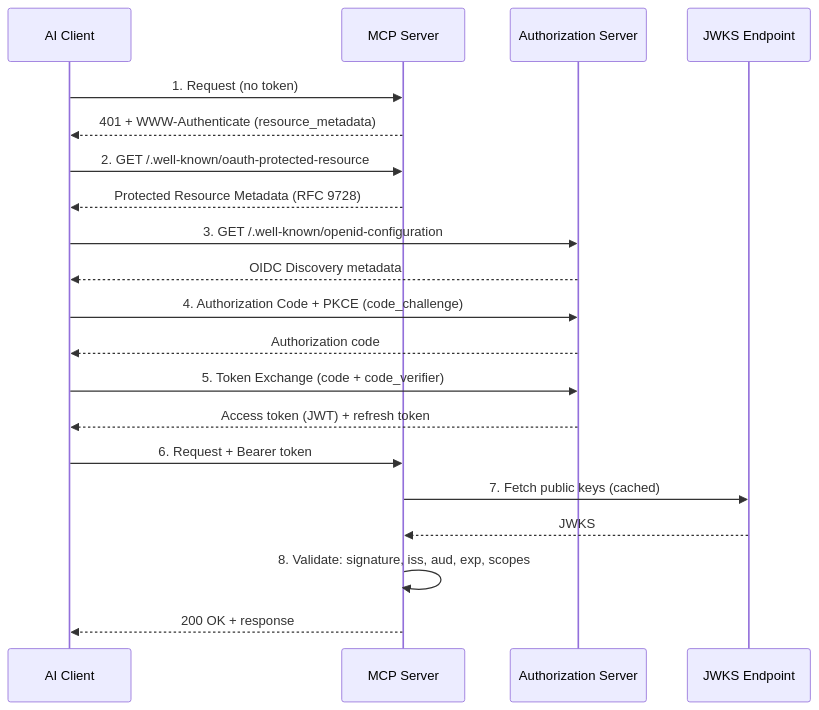
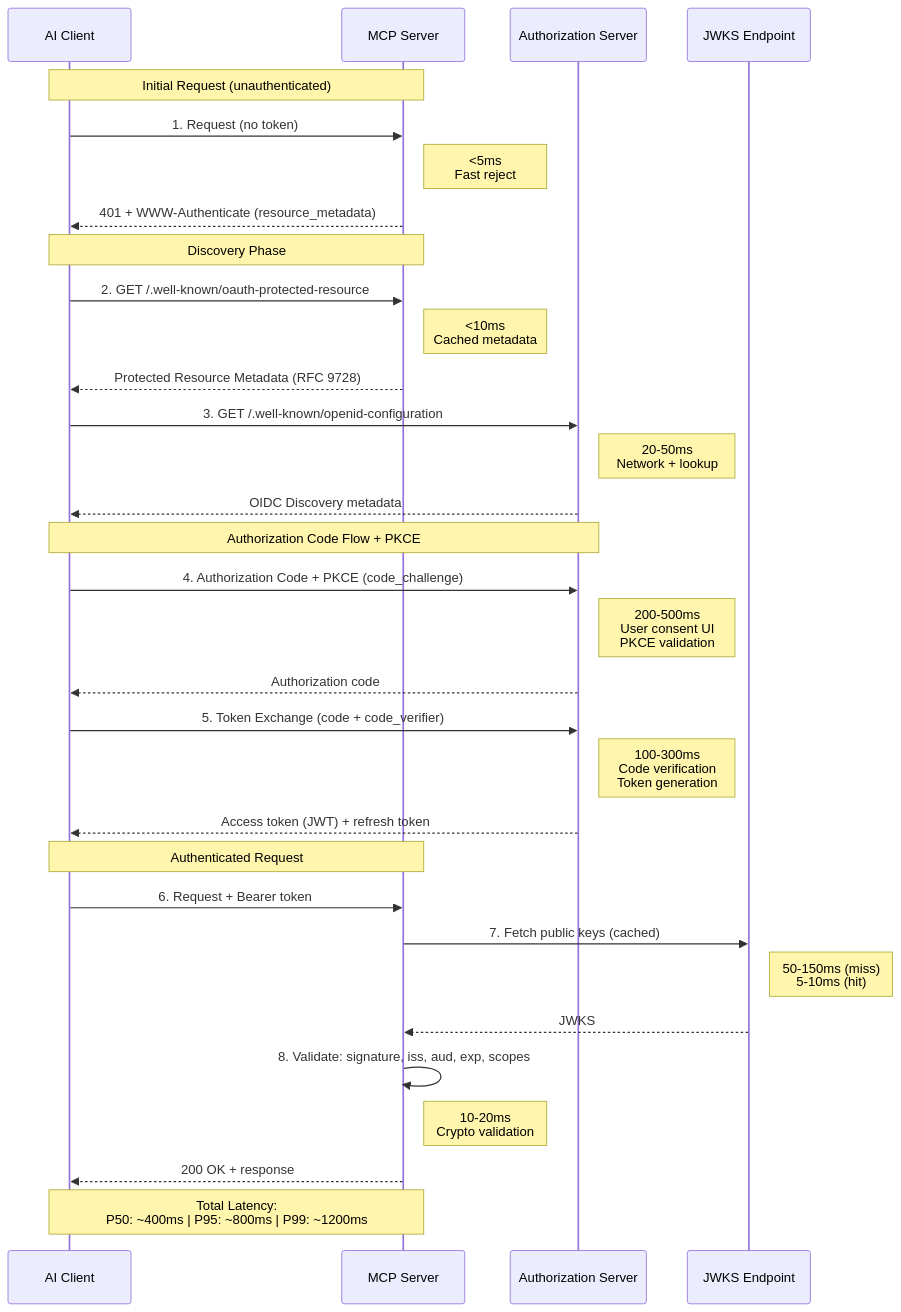
One commit to markbsigler/MCP_Architecture changed the third of 4 diagrams in docs/IEEE-42010/views/02-security-architecture.md. Above: the diagram before and after it, drawn with Mermaid. The commit also changed other lines of this file and 4 other files, not shown here.

First line of the commit message:
Phase 2: Enhance diagram quality and establish standards

````diff
--- a/docs/IEEE-42010/views/02-security-architecture.md
+++ b/docs/IEEE-42010/views/02-security-architecture.md
@@ -370,23 +562,39 @@
 ```mermaid
 sequenceDiagram
     participant C as AI Client
     participant MCP as MCP Server
     participant AS as Authorization Server
     participant JWKS as JWKS Endpoint
 
+    Note over C,MCP: Initial Request (unauthenticated)
     C->>MCP: 1. Request (no token)
+    Note right of MCP: <5ms<br/>Fast reject
     MCP-->>C: 401 + WWW-Authenticate (resource_metadata)
+    
+    Note over C,MCP: Discovery Phase
     C->>MCP: 2. GET /.well-known/oauth-protected-resource
+    Note right of MCP: <10ms<br/>Cached metadata
     MCP-->>C: Protected Resource Metadata (RFC 9728)
     C->>AS: 3. GET /.well-known/openid-configuration
+    Note right of AS: 20-50ms<br/>Network + lookup
     AS-->>C: OIDC Discovery metadata
+    
+    Note over C,AS: Authorization Code Flow + PKCE
     C->>AS: 4. Authorization Code + PKCE (code_challenge)
+    Note right of AS: 200-500ms<br/>User consent UI<br/>PKCE validation
     AS-->>C: Authorization code
     C->>AS: 5. Token Exchange (code + code_verifier)
+    Note right of AS: 100-300ms<br/>Code verification<br/>Token generation
     AS-->>C: Access token (JWT) + refresh token
+    
+    Note over C,MCP: Authenticated Request
     C->>MCP: 6. Request + Bearer token
     MCP->>JWKS: 7. Fetch public keys (cached)
+    Note right of JWKS: 50-150ms (miss)<br/>5-10ms (hit)
     JWKS-->>MCP: JWKS
     MCP->>MCP: 8. Validate: signature, iss, aud, exp, scopes
+    Note right of MCP: 10-20ms<br/>Crypto validation
     MCP-->>C: 200 OK + response
+    
+    Note over C,MCP: Total Latency:<br/>P50: ~400ms | P95: ~800ms | P99: ~1200ms
 ```
````
